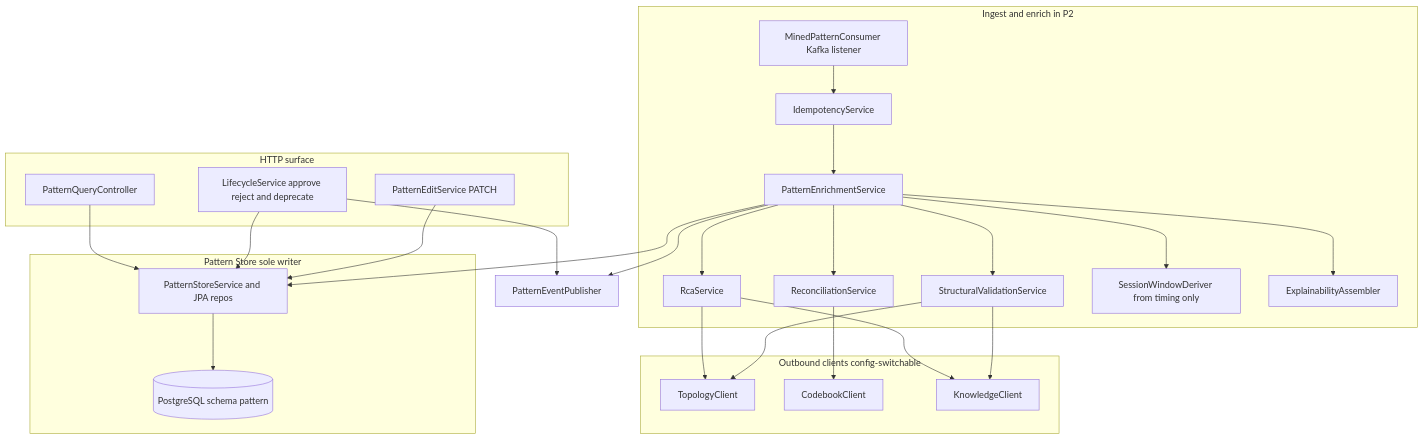
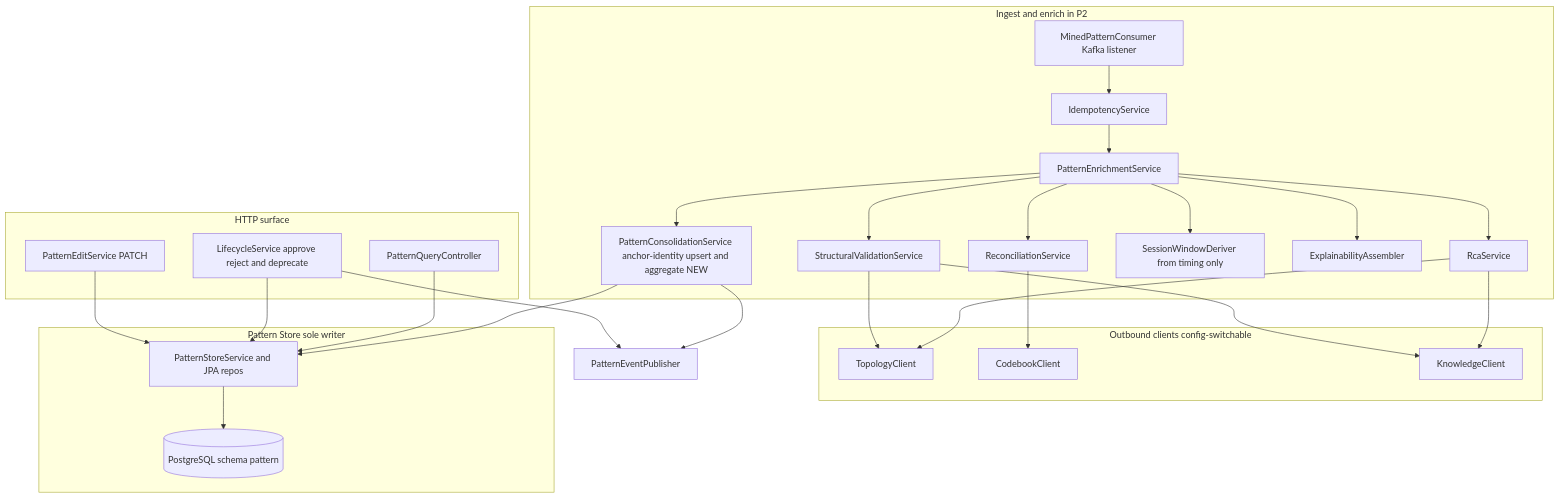
Before and after one commit to nikhilmohan/correlation-platform: the first of 11 diagrams in services/pattern-manager/design.md, drawn with Mermaid. The commit also changed other lines of this file, not shown here.

````diff
--- a/services/pattern-manager/design.md
+++ b/services/pattern-manager/design.md
@@ -129,48 +162,50 @@
 ```mermaid
 flowchart TB
   subgraph ingest["Ingest and enrich in P2"]
     KC["MinedPatternConsumer Kafka listener"]
     IDEM["IdempotencyService"]
     ENR["PatternEnrichmentService"]
     RCA["RcaService"]
     SV["StructuralValidationService"]
     REC["ReconciliationService"]
     SWD["SessionWindowDeriver from timing only"]
     XAI["ExplainabilityAssembler"]
+    CONS["PatternConsolidationService anchor-identity upsert and aggregate NEW"]
   end
   subgraph http["HTTP surface"]
     QRY["PatternQueryController"]
     LIFE["LifecycleService approve reject and deprecate"]
     EDIT["PatternEditService PATCH"]
   end
   subgraph clients["Outbound clients config-switchable"]
     TOPO["TopologyClient"]
     CB["CodebookClient"]
     KN["KnowledgeClient"]
   end
   subgraph store["Pattern Store sole writer"]
     PSS["PatternStoreService and JPA repos"]
     DB[("PostgreSQL schema pattern")]
   end
   PUB["PatternEventPublisher"]
 
   KC --> IDEM
   IDEM --> ENR
   ENR --> RCA
   ENR --> SV
   ENR --> REC
   ENR --> SWD
   ENR --> XAI
   RCA --> TOPO
   RCA --> KN
   SV --> TOPO
   SV --> KN
   REC --> CB
-  ENR --> PSS
+  ENR --> CONS
+  CONS --> PSS
   PSS --> DB
-  ENR --> PUB
+  CONS --> PUB
   QRY --> PSS
   LIFE --> PSS
   LIFE --> PUB
   EDIT --> PSS
 ```
````
